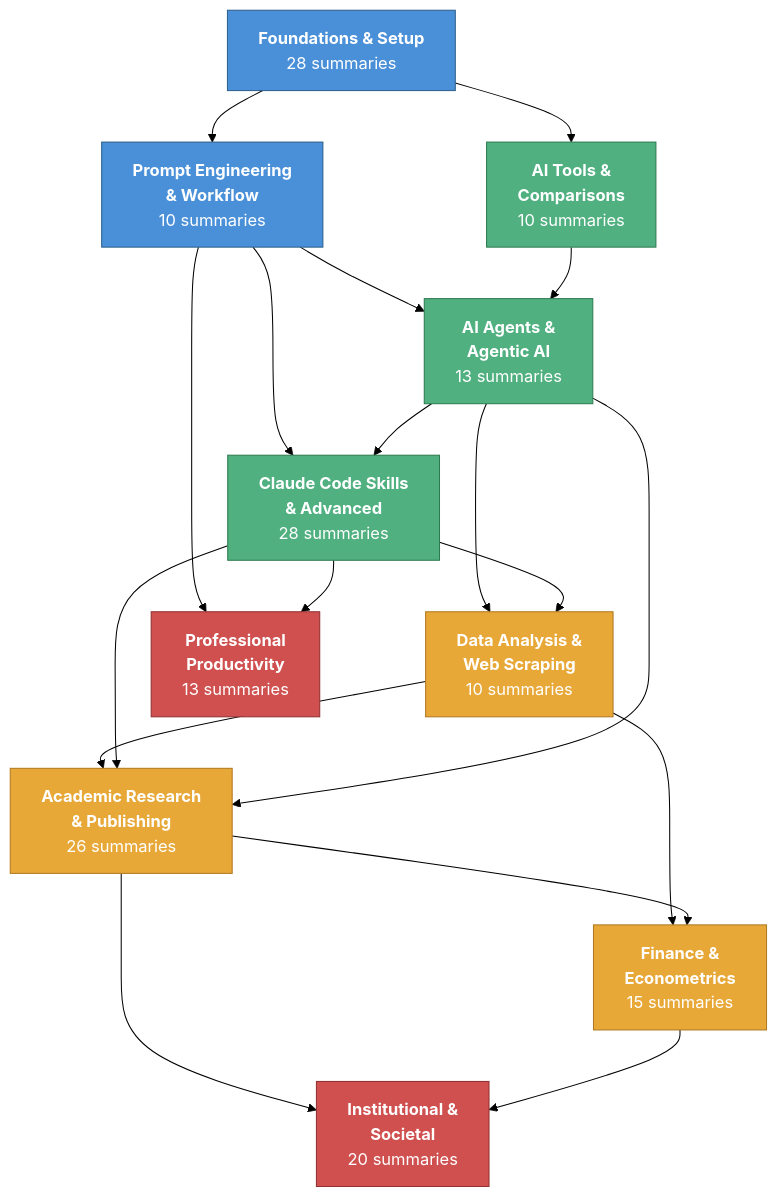
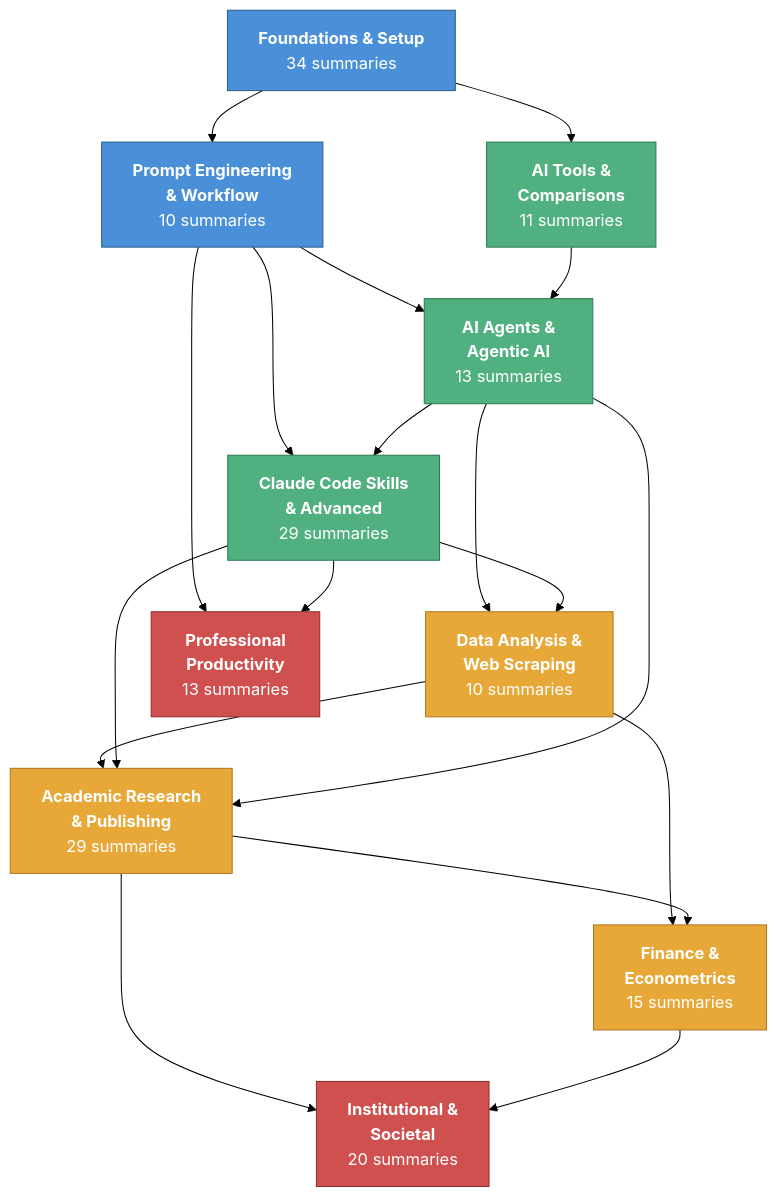
The diagram in wiki/visualizations/category-map.md (velikov-mihail/ai-econ-wiki), drawn with Mermaid (forest theme) before and after one commit. The commit also changed 3 other files, not shown here.

Commit message:
Refresh derived pages: 8 new summaries (foundations-setup 28→34, academic-research 26→29, claude-code-skills 28→29, ai-tools 10→11)

````diff
--- a/wiki/visualizations/category-map.md
+++ b/wiki/visualizations/category-map.md
@@ -11,49 +11,49 @@
 ```mermaid
 graph TD
-    FS["<b>Foundations & Setup</b><br/>28 summaries"]
+    FS["<b>Foundations & Setup</b><br/>34 summaries"]
     PE["<b>Prompt Engineering<br/>& Workflow</b><br/>10 summaries"]
     AG["<b>AI Agents &<br/>Agentic AI</b><br/>13 summaries"]
-    CS["<b>Claude Code Skills<br/>& Advanced</b><br/>28 summaries"]
+    CS["<b>Claude Code Skills<br/>& Advanced</b><br/>29 summaries"]
     DA["<b>Data Analysis &<br/>Web Scraping</b><br/>10 summaries"]
-    AR["<b>Academic Research<br/>& Publishing</b><br/>26 summaries"]
+    AR["<b>Academic Research<br/>& Publishing</b><br/>29 summaries"]
     FE["<b>Finance &<br/>Econometrics</b><br/>15 summaries"]
-    AT["<b>AI Tools &<br/>Comparisons</b><br/>10 summaries"]
+    AT["<b>AI Tools &<br/>Comparisons</b><br/>11 summaries"]
     IS["<b>Institutional &<br/>Societal</b><br/>20 summaries"]
     PP["<b>Professional<br/>Productivity</b><br/>13 summaries"]
 
     %% Foundational layer
     FS --> PE
     FS --> AT
     PE --> AG
     PE --> CS
 
     %% Technical layer
     AG --> CS
     AG --> DA
     CS --> DA
     AT --> AG
 
     %% Applied layer
     DA --> AR
     DA --> FE
     AR --> FE
     CS --> AR
     AG --> AR
 
     %% Productivity & big picture
     PE --> PP
     CS --> PP
     AR --> IS
     FE --> IS
 
     %% Styling
     classDef foundation fill:#4a90d9,stroke:#2c5f8a,color:#fff
     classDef technical fill:#50b080,stroke:#2d7a50,color:#fff
     classDef applied fill:#e8a838,stroke:#b07820,color:#fff
     classDef bigpicture fill:#d05050,stroke:#903030,color:#fff
 
     class FS,PE foundation
     class AG,CS,AT technical
     class DA,AR,FE applied
     class IS,PP bigpicture
 ```
````
